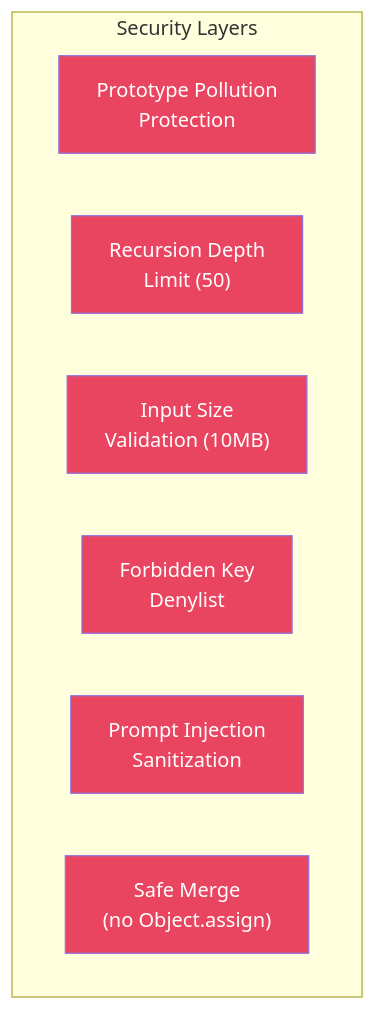
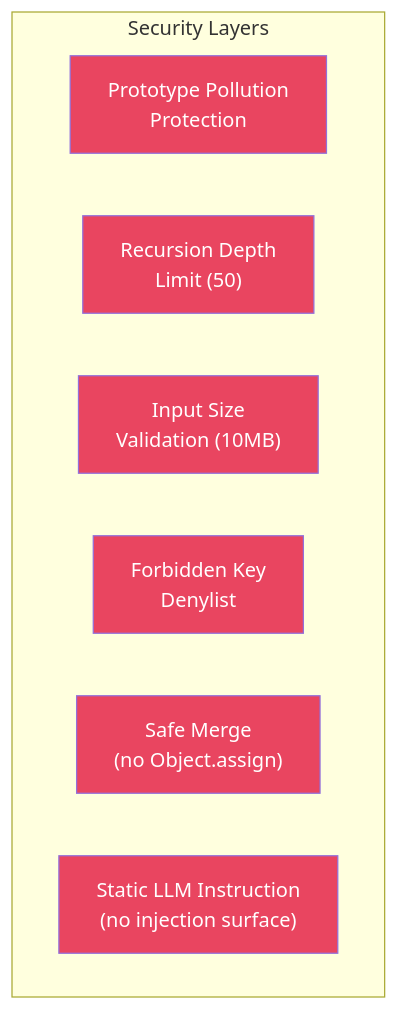
Before and after one commit to arodriguezp2003/n8n-nodes-toon-converter: the fourth of 4 diagrams in README.md, drawn with Mermaid. The commit also changed other lines of this file, not shown here.

Commit message:
fix(readme): update security diagram - static LLM instruction, no injection surface

````diff
--- a/README.md
+++ b/README.md
@@ -226,18 +226,18 @@
 ```mermaid
 graph TB
     subgraph "Security Layers"
         PP["Prototype Pollution<br/>Protection"]
         RL["Recursion Depth<br/>Limit (50)"]
         SV["Input Size<br/>Validation (10MB)"]
         FK["Forbidden Key<br/>Denylist"]
-        PI["Prompt Injection<br/>Sanitization"]
         SM["Safe Merge<br/>(no Object.assign)"]
+        SD["Static LLM Instruction<br/>(no injection surface)"]
     end
 
     style PP fill:#E94560,color:#fff
     style RL fill:#E94560,color:#fff
     style SV fill:#E94560,color:#fff
     style FK fill:#E94560,color:#fff
-    style PI fill:#E94560,color:#fff
     style SM fill:#E94560,color:#fff
+    style SD fill:#E94560,color:#fff
 ```
````
